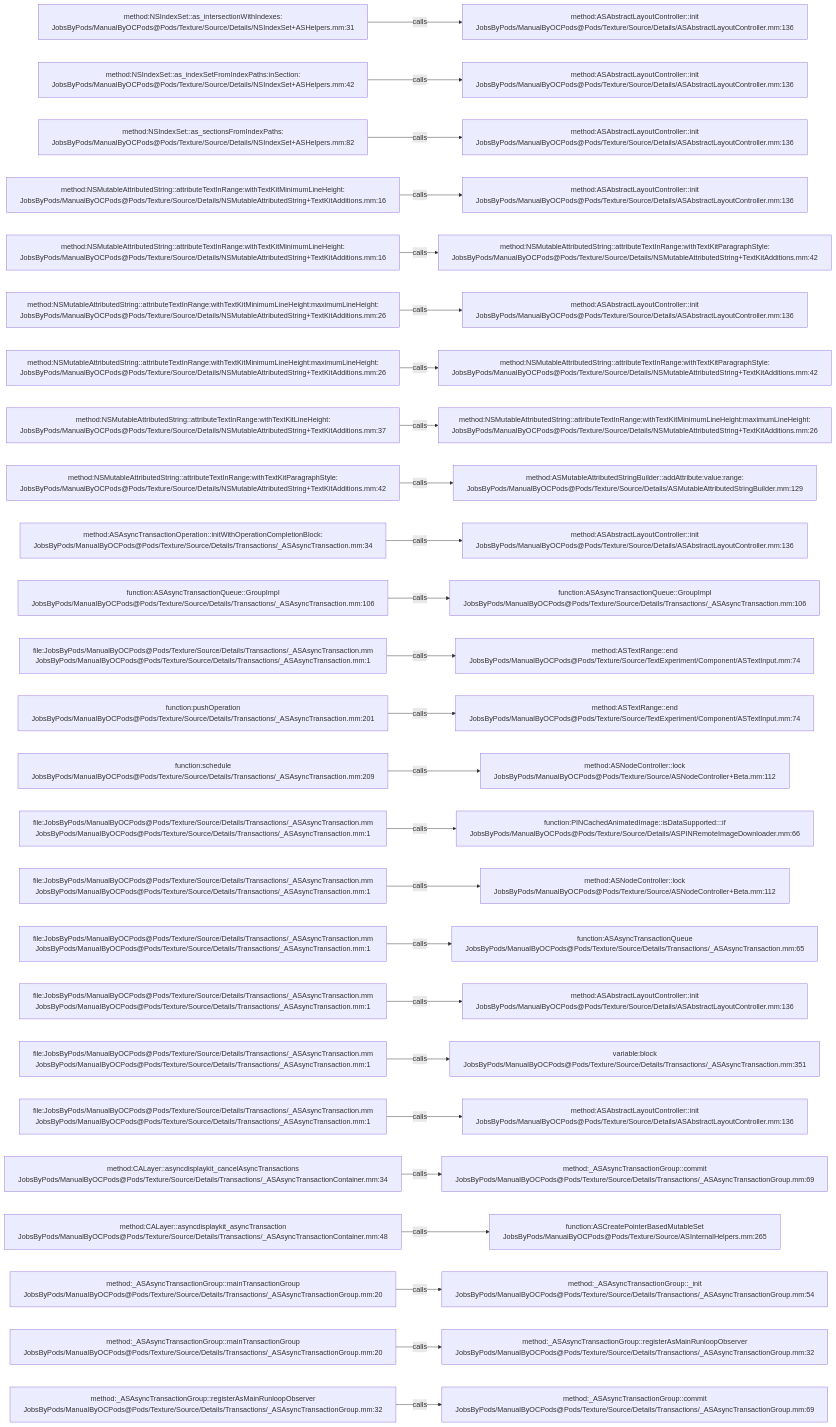
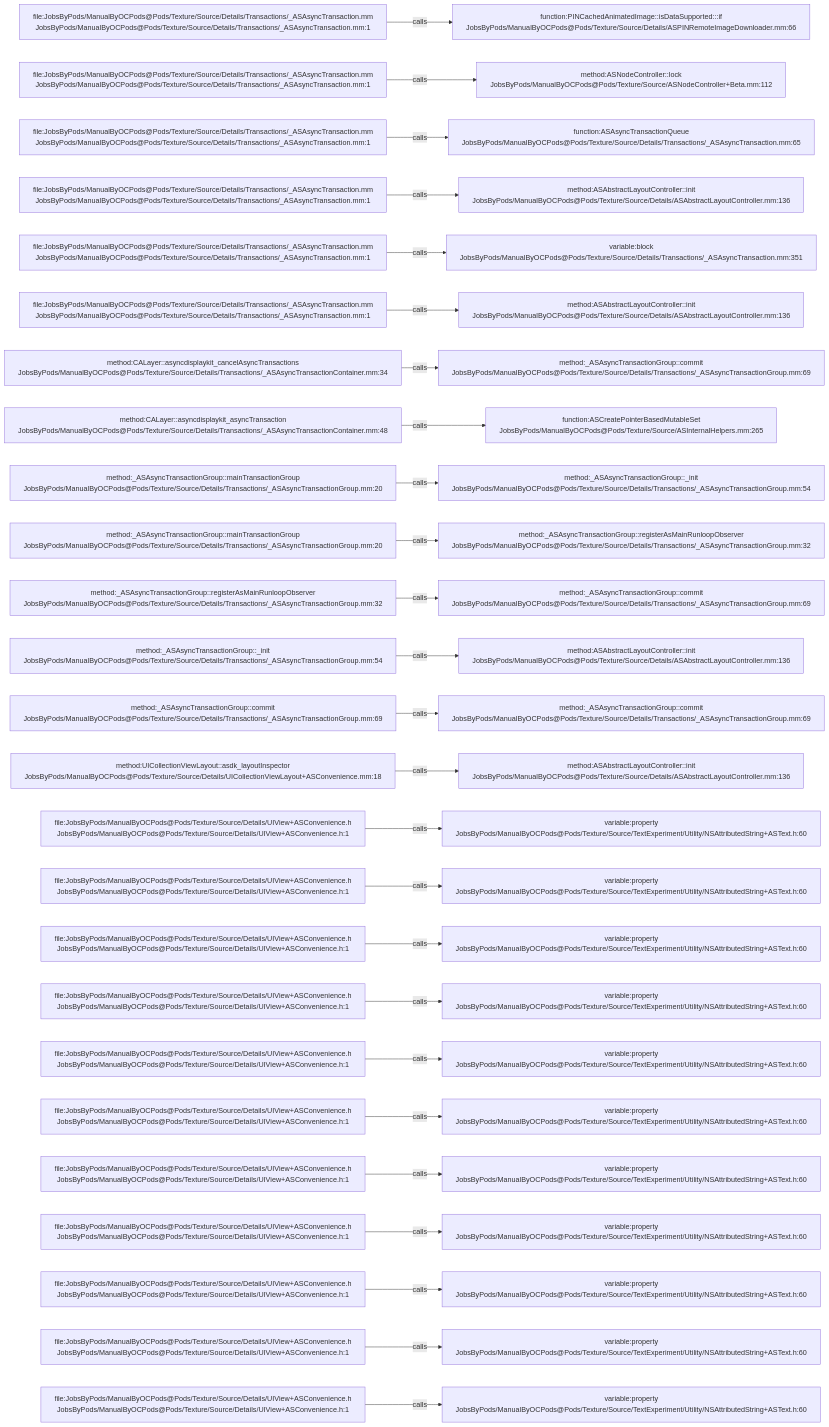
Before and after one commit to JobsKits/JobsOCBaseConfigDemo: the diagram in .codegraph/codegraph.md/graphs/calls-170.md, drawn with Mermaid. The commit also changed 296 other files, not shown here.

````diff
--- a/.codegraph/codegraph.md/graphs/calls-170.md
+++ b/.codegraph/codegraph.md/graphs/calls-170.md
@@ -13,78 +13,78 @@
 ```mermaid
 flowchart LR
-  S1["method:NSIndexSet::as_intersectionWithIndexes:<br/>JobsByPods/ManualByOCPods@Pods/Texture/Source/Details/NSIndexSet+ASHelpers.mm:31"]
-  T1["method:ASAbstractLayoutController::init<br/>JobsByPods/ManualByOCPods@Pods/Texture/Source/Details/ASAbstractLayoutController.mm:136"]
+  S1["file:JobsByPods/ManualByOCPods@Pods/Texture/Source/Details/Transactions/_ASAsyncTransaction.mm<br/>JobsByPods/ManualByOCPods@Pods/Texture/Source/Details/Transactions/_ASAsyncTransaction.mm:1"]
+  T1["function:PINCachedAnimatedImage::isDataSupported:::if<br/>JobsByPods/ManualByOCPods@Pods/Texture/Source/Details/ASPINRemoteImageDownloader.mm:66"]
   S1 -->|calls| T1
-  S2["method:NSIndexSet::as_indexSetFromIndexPaths:inSection:<br/>JobsByPods/ManualByOCPods@Pods/Texture/Source/Details/NSIndexSet+ASHelpers.mm:42"]
-  T2["method:ASAbstractLayoutController::init<br/>JobsByPods/ManualByOCPods@Pods/Texture/Source/Details/ASAbstractLayoutController.mm:136"]
+  S2["file:JobsByPods/ManualByOCPods@Pods/Texture/Source/Details/Transactions/_ASAsyncTransaction.mm<br/>JobsByPods/ManualByOCPods@Pods/Texture/Source/Details/Transactions/_ASAsyncTransaction.mm:1"]
+  T2["method:ASNodeController::lock<br/>JobsByPods/ManualByOCPods@Pods/Texture/Source/ASNodeController+Beta.mm:112"]
   S2 -->|calls| T2
-  S3["method:NSIndexSet::as_sectionsFromIndexPaths:<br/>JobsByPods/ManualByOCPods@Pods/Texture/Source/Details/NSIndexSet+ASHelpers.mm:82"]
-  T3["method:ASAbstractLayoutController::init<br/>JobsByPods/ManualByOCPods@Pods/Texture/Source/Details/ASAbstractLayoutController.mm:136"]
+  S3["file:JobsByPods/ManualByOCPods@Pods/Texture/Source/Details/Transactions/_ASAsyncTransaction.mm<br/>JobsByPods/ManualByOCPods@Pods/Texture/Source/Details/Transactions/_ASAsyncTransaction.mm:1"]
+  T3["function:ASAsyncTransactionQueue<br/>JobsByPods/ManualByOCPods@Pods/Texture/Source/Details/Transactions/_ASAsyncTransaction.mm:65"]
   S3 -->|calls| T3
-  S4["method:NSMutableAttributedString::attributeTextInRange:withTextKitMinimumLineHeight:<br/>JobsByPods/ManualByOCPods@Pods/Texture/Source/Details/NSMutableAttributedString+TextKitAdditions.mm:16"]
+  S4["file:JobsByPods/ManualByOCPods@Pods/Texture/Source/Details/Transactions/_ASAsyncTransaction.mm<br/>JobsByPods/ManualByOCPods@Pods/Texture/Source/Details/Transactions/_ASAsyncTransaction.mm:1"]
   T4["method:ASAbstractLayoutController::init<br/>JobsByPods/ManualByOCPods@Pods/Texture/Source/Details/ASAbstractLayoutController.mm:136"]
   S4 -->|calls| T4
-  S5["method:NSMutableAttributedString::attributeTextInRange:withTextKitMinimumLineHeight:<br/>JobsByPods/ManualByOCPods@Pods/Texture/Source/Details/NSMutableAttributedString+TextKitAdditions.mm:16"]
-  T5["method:NSMutableAttributedString::attributeTextInRange:withTextKitParagraphStyle:<br/>JobsByPods/ManualByOCPods@Pods/Texture/Source/Details/NSMutableAttributedString+TextKitAdditions.mm:42"]
+  S5["file:JobsByPods/ManualByOCPods@Pods/Texture/Source/Details/Transactions/_ASAsyncTransaction.mm<br/>JobsByPods/ManualByOCPods@Pods/Texture/Source/Details/Transactions/_ASAsyncTransaction.mm:1"]
+  T5["variable:block<br/>JobsByPods/ManualByOCPods@Pods/Texture/Source/Details/Transactions/_ASAsyncTransaction.mm:351"]
   S5 -->|calls| T5
-  S6["method:NSMutableAttributedString::attributeTextInRange:withTextKitMinimumLineHeight:maximumLineHeight:<br/>JobsByPods/ManualByOCPods@Pods/Texture/Source/Details/NSMutableAttributedString+TextKitAdditions.mm:26"]
+  S6["file:JobsByPods/ManualByOCPods@Pods/Texture/Source/Details/Transactions/_ASAsyncTransaction.mm<br/>JobsByPods/ManualByOCPods@Pods/Texture/Source/Details/Transactions/_ASAsyncTransaction.mm:1"]
   T6["method:ASAbstractLayoutController::init<br/>JobsByPods/ManualByOCPods@Pods/Texture/Source/Details/ASAbstractLayoutController.mm:136"]
   S6 -->|calls| T6
-  S7["method:NSMutableAttributedString::attributeTextInRange:withTextKitMinimumLineHeight:maximumLineHeight:<br/>JobsByPods/ManualByOCPods@Pods/Texture/Source/Details/NSMutableAttributedString+TextKitAdditions.mm:26"]
-  T7["method:NSMutableAttributedString::attributeTextInRange:withTextKitParagraphStyle:<br/>JobsByPods/ManualByOCPods@Pods/Texture/Source/Details/NSMutableAttributedString+TextKitAdditions.mm:42"]
+  S7["method:CALayer::asyncdisplaykit_cancelAsyncTransactions<br/>JobsByPods/ManualByOCPods@Pods/Texture/Source/Details/Transactions/_ASAsyncTransactionContainer.mm:34"]
+  T7["method:_ASAsyncTransactionGroup::commit<br/>JobsByPods/ManualByOCPods@Pods/Texture/Source/Details/Transactions/_ASAsyncTransactionGroup.mm:69"]
   S7 -->|calls| T7
-  S8["method:NSMutableAttributedString::attributeTextInRange:withTextKitLineHeight:<br/>JobsByPods/ManualByOCPods@Pods/Texture/Source/Details/NSMutableAttributedString+TextKitAdditions.mm:37"]
-  T8["method:NSMutableAttributedString::attributeTextInRange:withTextKitMinimumLineHeight:maximumLineHeight:<br/>JobsByPods/ManualByOCPods@Pods/Texture/Source/Details/NSMutableAttributedString+TextKitAdditions.mm:26"]
+  S8["method:CALayer::asyncdisplaykit_asyncTransaction<br/>JobsByPods/ManualByOCPods@Pods/Texture/Source/Details/Transactions/_ASAsyncTransactionContainer.mm:48"]
+  T8["function:ASCreatePointerBasedMutableSet<br/>JobsByPods/ManualByOCPods@Pods/Texture/Source/ASInternalHelpers.mm:265"]
   S8 -->|calls| T8
-  S9["method:NSMutableAttributedString::attributeTextInRange:withTextKitParagraphStyle:<br/>JobsByPods/ManualByOCPods@Pods/Texture/Source/Details/NSMutableAttributedString+TextKitAdditions.mm:42"]
-  T9["method:ASMutableAttributedStringBuilder::addAttribute:value:range:<br/>JobsByPods/ManualByOCPods@Pods/Texture/Source/Details/ASMutableAttributedStringBuilder.mm:129"]
+  S9["method:_ASAsyncTransactionGroup::mainTransactionGroup<br/>JobsByPods/ManualByOCPods@Pods/Texture/Source/Details/Transactions/_ASAsyncTransactionGroup.mm:20"]
+  T9["method:_ASAsyncTransactionGroup::_init<br/>JobsByPods/ManualByOCPods@Pods/Texture/Source/Details/Transactions/_ASAsyncTransactionGroup.mm:54"]
   S9 -->|calls| T9
-  S10["method:ASAsyncTransactionOperation::initWithOperationCompletionBlock:<br/>JobsByPods/ManualByOCPods@Pods/Texture/Source/Details/Transactions/_ASAsyncTransaction.mm:34"]
-  T10["method:ASAbstractLayoutController::init<br/>JobsByPods/ManualByOCPods@Pods/Texture/Source/Details/ASAbstractLayoutController.mm:136"]
+  S10["method:_ASAsyncTransactionGroup::mainTransactionGroup<br/>JobsByPods/ManualByOCPods@Pods/Texture/Source/Details/Transactions/_ASAsyncTransactionGroup.mm:20"]
+  T10["method:_ASAsyncTransactionGroup::registerAsMainRunloopObserver<br/>JobsByPods/ManualByOCPods@Pods/Texture/Source/Details/Transactions/_ASAsyncTransactionGroup.mm:32"]
   S10 -->|calls| T10
-  S11["function:ASAsyncTransactionQueue::GroupImpl<br/>JobsByPods/ManualByOCPods@Pods/Texture/Source/Details/Transactions/_ASAsyncTransaction.mm:106"]
-  T11["function:ASAsyncTransactionQueue::GroupImpl<br/>JobsByPods/ManualByOCPods@Pods/Texture/Source/Details/Transactions/_ASAsyncTransaction.mm:106"]
+  S11["method:_ASAsyncTransactionGroup::registerAsMainRunloopObserver<br/>JobsByPods/ManualByOCPods@Pods/Texture/Source/Details/Transactions/_ASAsyncTransactionGroup.mm:32"]
+  T11["method:_ASAsyncTransactionGroup::commit<br/>JobsByPods/ManualByOCPods@Pods/Texture/Source/Details/Transactions/_ASAsyncTransactionGroup.mm:69"]
   S11 -->|calls| T11
-  S12["file:JobsByPods/ManualByOCPods@Pods/Texture/Source/Details/Transactions/_ASAsyncTransaction.mm<br/>JobsByPods/ManualByOCPods@Pods/Texture/Source/Details/Transactions/_ASAsyncTransaction.mm:1"]
-  T12["method:ASTextRange::end<br/>JobsByPods/ManualByOCPods@Pods/Texture/Source/TextExperiment/Component/ASTextInput.mm:74"]
+  S12["method:_ASAsyncTransactionGroup::_init<br/>JobsByPods/ManualByOCPods@Pods/Texture/Source/Details/Transactions/_ASAsyncTransactionGroup.mm:54"]
+  T12["method:ASAbstractLayoutController::init<br/>JobsByPods/ManualByOCPods@Pods/Texture/Source/Details/ASAbstractLayoutController.mm:136"]
   S12 -->|calls| T12
-  S13["function:pushOperation<br/>JobsByPods/ManualByOCPods@Pods/Texture/Source/Details/Transactions/_ASAsyncTransaction.mm:201"]
-  T13["method:ASTextRange::end<br/>JobsByPods/ManualByOCPods@Pods/Texture/Source/TextExperiment/Component/ASTextInput.mm:74"]
+  S13["method:_ASAsyncTransactionGroup::commit<br/>JobsByPods/ManualByOCPods@Pods/Texture/Source/Details/Transactions/_ASAsyncTransactionGroup.mm:69"]
+  T13["method:_ASAsyncTransactionGroup::commit<br/>JobsByPods/ManualByOCPods@Pods/Texture/Source/Details/Transactions/_ASAsyncTransactionGroup.mm:69"]
   S13 -->|calls| T13
-  S14["function:schedule<br/>JobsByPods/ManualByOCPods@Pods/Texture/Source/Details/Transactions/_ASAsyncTransaction.mm:209"]
-  T14["method:ASNodeController::lock<br/>JobsByPods/ManualByOCPods@Pods/Texture/Source/ASNodeController+Beta.mm:112"]
+  S14["method:UICollectionViewLayout::asdk_layoutInspector<br/>JobsByPods/ManualByOCPods@Pods/Texture/Source/Details/UICollectionViewLayout+ASConvenience.mm:18"]
+  T14["method:ASAbstractLayoutController::init<br/>JobsByPods/ManualByOCPods@Pods/Texture/Source/Details/ASAbstractLayoutController.mm:136"]
   S14 -->|calls| T14
-  S15["file:JobsByPods/ManualByOCPods@Pods/Texture/Source/Details/Transactions/_ASAsyncTransaction.mm<br/>JobsByPods/ManualByOCPods@Pods/Texture/Source/Details/Transactions/_ASAsyncTransaction.mm:1"]
-  T15["function:PINCachedAnimatedImage::isDataSupported:::if<br/>JobsByPods/ManualByOCPods@Pods/Texture/Source/Details/ASPINRemoteImageDownloader.mm:66"]
+  S15["file:JobsByPods/ManualByOCPods@Pods/Texture/Source/Details/UIView+ASConvenience.h<br/>JobsByPods/ManualByOCPods@Pods/Texture/Source/Details/UIView+ASConvenience.h:1"]
+  T15["variable:property<br/>JobsByPods/ManualByOCPods@Pods/Texture/Source/TextExperiment/Utility/NSAttributedString+ASText.h:60"]
   S15 -->|calls| T15
-  S16["file:JobsByPods/ManualByOCPods@Pods/Texture/Source/Details/Transactions/_ASAsyncTransaction.mm<br/>JobsByPods/ManualByOCPods@Pods/Texture/Source/Details/Transactions/_ASAsyncTransaction.mm:1"]
-  T16["method:ASNodeController::lock<br/>JobsByPods/ManualByOCPods@Pods/Texture/Source/ASNodeController+Beta.mm:112"]
+  S16["file:JobsByPods/ManualByOCPods@Pods/Texture/Source/Details/UIView+ASConvenience.h<br/>JobsByPods/ManualByOCPods@Pods/Texture/Source/Details/UIView+ASConvenience.h:1"]
+  T16["variable:property<br/>JobsByPods/ManualByOCPods@Pods/Texture/Source/TextExperiment/Utility/NSAttributedString+ASText.h:60"]
   S16 -->|calls| T16
-  S17["file:JobsByPods/ManualByOCPods@Pods/Texture/Source/Details/Transactions/_ASAsyncTransaction.mm<br/>JobsByPods/ManualByOCPods@Pods/Texture/Source/Details/Transactions/_ASAsyncTransaction.mm:1"]
-  T17["function:ASAsyncTransactionQueue<br/>JobsByPods/ManualByOCPods@Pods/Texture/Source/Details/Transactions/_ASAsyncTransaction.mm:65"]
+  S17["file:JobsByPods/ManualByOCPods@Pods/Texture/Source/Details/UIView+ASConvenience.h<br/>JobsByPods/ManualByOCPods@Pods/Texture/Source/Details/UIView+ASConvenience.h:1"]
+  T17["variable:property<br/>JobsByPods/ManualByOCPods@Pods/Texture/Source/TextExperiment/Utility/NSAttributedString+ASText.h:60"]
   S17 -->|calls| T17
-  S18["file:JobsByPods/ManualByOCPods@Pods/Texture/Source/Details/Transactions/_ASAsyncTransaction.mm<br/>JobsByPods/ManualByOCPods@Pods/Texture/Source/Details/Transactions/_ASAsyncTransaction.mm:1"]
-  T18["method:ASAbstractLayoutController::init<br/>JobsByPods/ManualByOCPods@Pods/Texture/Source/Details/ASAbstractLayoutController.mm:136"]
+  S18["file:JobsByPods/ManualByOCPods@Pods/Texture/Source/Details/UIView+ASConvenience.h<br/>JobsByPods/ManualByOCPods@Pods/Texture/Source/Details/UIView+ASConvenience.h:1"]
+  T18["variable:property<br/>JobsByPods/ManualByOCPods@Pods/Texture/Source/TextExperiment/Utility/NSAttributedString+ASText.h:60"]
   S18 -->|calls| T18
-  S19["file:JobsByPods/ManualByOCPods@Pods/Texture/Source/Details/Transactions/_ASAsyncTransaction.mm<br/>JobsByPods/ManualByOCPods@Pods/Texture/Source/Details/Transactions/_ASAsyncTransaction.mm:1"]
-  T19["variable:block<br/>JobsByPods/ManualByOCPods@Pods/Texture/Source/Details/Transactions/_ASAsyncTransaction.mm:351"]
+  S19["file:JobsByPods/ManualByOCPods@Pods/Texture/Source/Details/UIView+ASConvenience.h<br/>JobsByPods/ManualByOCPods@Pods/Texture/Source/Details/UIView+ASConvenience.h:1"]
+  T19["variable:property<br/>JobsByPods/ManualByOCPods@Pods/Texture/Source/TextExperiment/Utility/NSAttributedString+ASText.h:60"]
   S19 -->|calls| T19
-  S20["file:JobsByPods/ManualByOCPods@Pods/Texture/Source/Details/Transactions/_ASAsyncTransaction.mm<br/>JobsByPods/ManualByOCPods@Pods/Texture/Source/Details/Transactions/_ASAsyncTransaction.mm:1"]
-  T20["method:ASAbstractLayoutController::init<br/>JobsByPods/ManualByOCPods@Pods/Texture/Source/Details/ASAbstractLayoutController.mm:136"]
+  S20["file:JobsByPods/ManualByOCPods@Pods/Texture/Source/Details/UIView+ASConvenience.h<br/>JobsByPods/ManualByOCPods@Pods/Texture/Source/Details/UIView+ASConvenience.h:1"]
+  T20["variable:property<br/>JobsByPods/ManualByOCPods@Pods/Texture/Source/TextExperiment/Utility/NSAttributedString+ASText.h:60"]
   S20 -->|calls| T20
-  S21["method:CALayer::asyncdisplaykit_cancelAsyncTransactions<br/>JobsByPods/ManualByOCPods@Pods/Texture/Source/Details/Transactions/_ASAsyncTransactionContainer.mm:34"]
-  T21["method:_ASAsyncTransactionGroup::commit<br/>JobsByPods/ManualByOCPods@Pods/Texture/Source/Details/Transactions/_ASAsyncTransactionGroup.mm:69"]
+  S21["file:JobsByPods/ManualByOCPods@Pods/Texture/Source/Details/UIView+ASConvenience.h<br/>JobsByPods/ManualByOCPods@Pods/Texture/Source/Details/UIView+ASConvenience.h:1"]
+  T21["variable:property<br/>JobsByPods/ManualByOCPods@Pods/Texture/Source/TextExperiment/Utility/NSAttributedString+ASText.h:60"]
   S21 -->|calls| T21
-  S22["method:CALayer::asyncdisplaykit_asyncTransaction<br/>JobsByPods/ManualByOCPods@Pods/Texture/Source/Details/Transactions/_ASAsyncTransactionContainer.mm:48"]
-  T22["function:ASCreatePointerBasedMutableSet<br/>JobsByPods/ManualByOCPods@Pods/Texture/Source/ASInternalHelpers.mm:265"]
+  S22["file:JobsByPods/ManualByOCPods@Pods/Texture/Source/Details/UIView+ASConvenience.h<br/>JobsByPods/ManualByOCPods@Pods/Texture/Source/Details/UIView+ASConvenience.h:1"]
+  T22["variable:property<br/>JobsByPods/ManualByOCPods@Pods/Texture/Source/TextExperiment/Utility/NSAttributedString+ASText.h:60"]
   S22 -->|calls| T22
-  S23["method:_ASAsyncTransactionGroup::mainTransactionGroup<br/>JobsByPods/ManualByOCPods@Pods/Texture/Source/Details/Transactions/_ASAsyncTransactionGroup.mm:20"]
-  T23["method:_ASAsyncTransactionGroup::_init<br/>JobsByPods/ManualByOCPods@Pods/Texture/Source/Details/Transactions/_ASAsyncTransactionGroup.mm:54"]
+  S23["file:JobsByPods/ManualByOCPods@Pods/Texture/Source/Details/UIView+ASConvenience.h<br/>JobsByPods/ManualByOCPods@Pods/Texture/Source/Details/UIView+ASConvenience.h:1"]
+  T23["variable:property<br/>JobsByPods/ManualByOCPods@Pods/Texture/Source/TextExperiment/Utility/NSAttributedString+ASText.h:60"]
   S23 -->|calls| T23
-  S24["method:_ASAsyncTransactionGroup::mainTransactionGroup<br/>JobsByPods/ManualByOCPods@Pods/Texture/Source/Details/Transactions/_ASAsyncTransactionGroup.mm:20"]
-  T24["method:_ASAsyncTransactionGroup::registerAsMainRunloopObserver<br/>JobsByPods/ManualByOCPods@Pods/Texture/Source/Details/Transactions/_ASAsyncTransactionGroup.mm:32"]
+  S24["file:JobsByPods/ManualByOCPods@Pods/Texture/Source/Details/UIView+ASConvenience.h<br/>JobsByPods/ManualByOCPods@Pods/Texture/Source/Details/UIView+ASConvenience.h:1"]
+  T24["variable:property<br/>JobsByPods/ManualByOCPods@Pods/Texture/Source/TextExperiment/Utility/NSAttributedString+ASText.h:60"]
   S24 -->|calls| T24
-  S25["method:_ASAsyncTransactionGroup::registerAsMainRunloopObserver<br/>JobsByPods/ManualByOCPods@Pods/Texture/Source/Details/Transactions/_ASAsyncTransactionGroup.mm:32"]
-  T25["method:_ASAsyncTransactionGroup::commit<br/>JobsByPods/ManualByOCPods@Pods/Texture/Source/Details/Transactions/_ASAsyncTransactionGroup.mm:69"]
+  S25["file:JobsByPods/ManualByOCPods@Pods/Texture/Source/Details/UIView+ASConvenience.h<br/>JobsByPods/ManualByOCPods@Pods/Texture/Source/Details/UIView+ASConvenience.h:1"]
+  T25["variable:property<br/>JobsByPods/ManualByOCPods@Pods/Texture/Source/TextExperiment/Utility/NSAttributedString+ASText.h:60"]
   S25 -->|calls| T25
 ```
````
